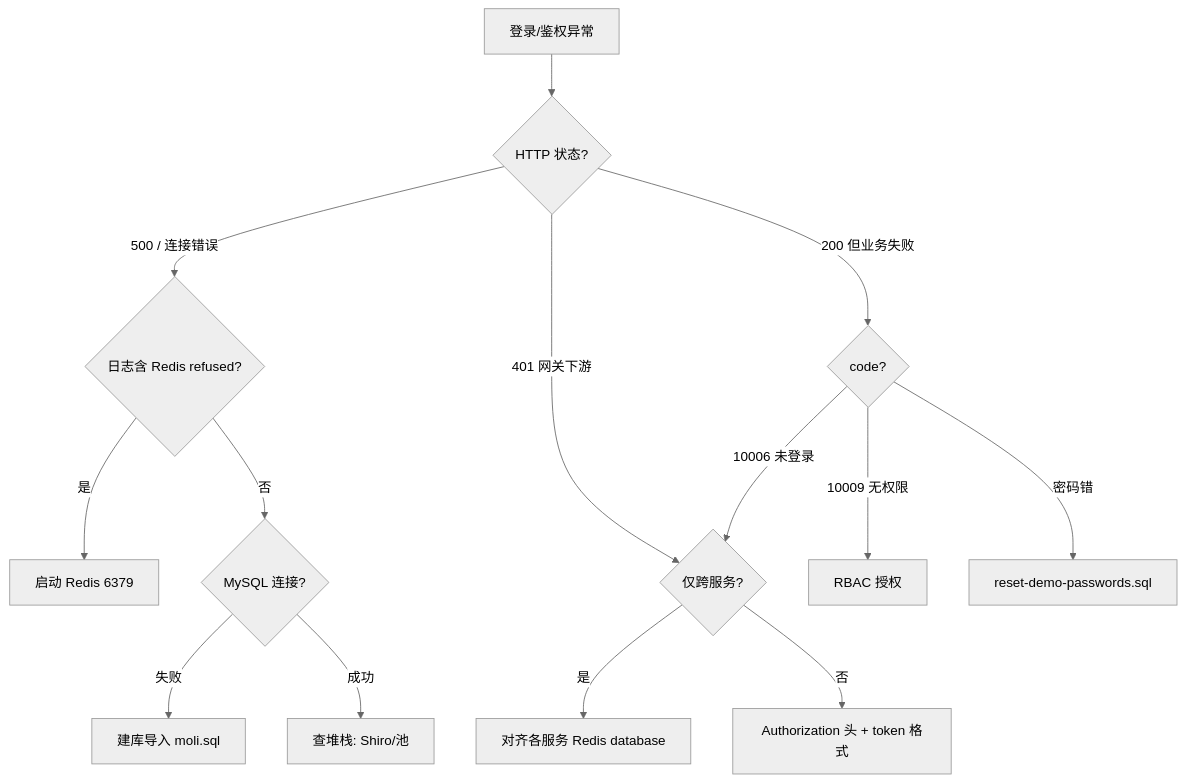
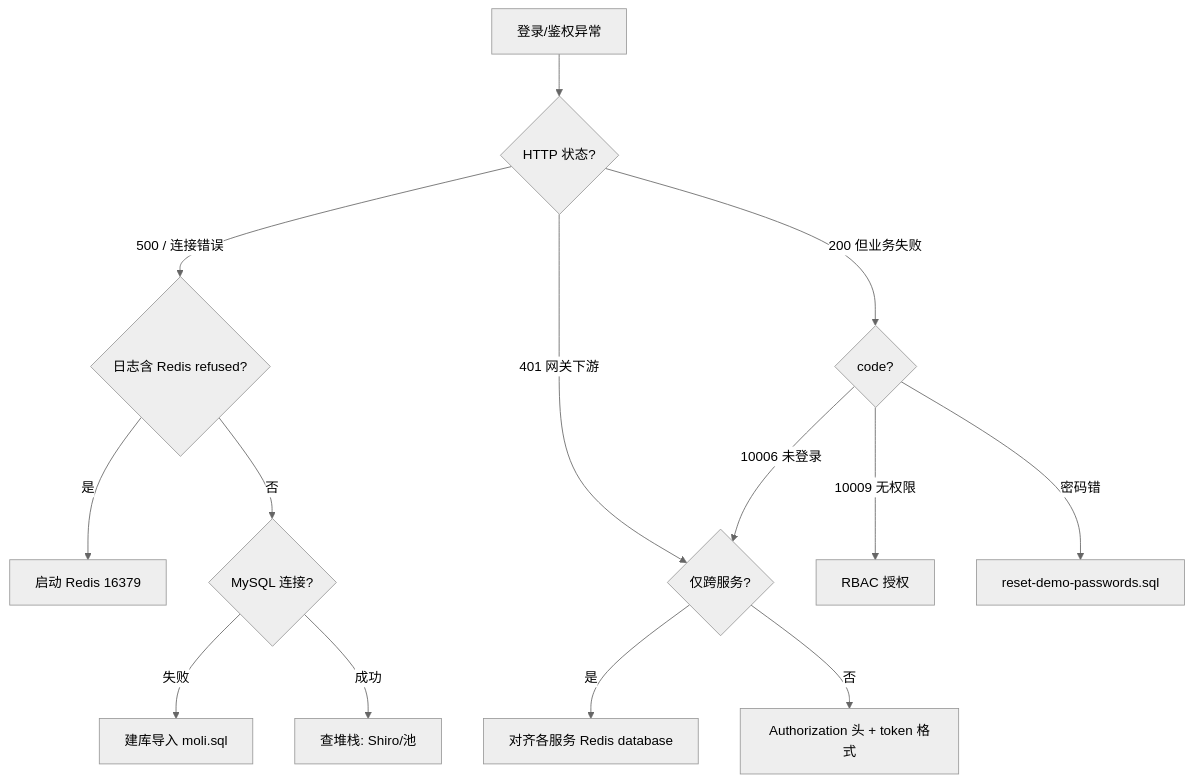
Before and after one commit to wujinsen/moli-project-distribute: the diagram in moli-knowledge/kb/wiki-moli/develop/outputs/茉莉登录与鉴权故障根因汇总.md, drawn with Mermaid (neutral theme). The commit also changed other lines of this file and 86 other files, not shown here.

````diff
--- a/moli-knowledge/kb/wiki-moli/develop/outputs/茉莉登录与鉴权故障根因汇总.md
+++ b/moli-knowledge/kb/wiki-moli/develop/outputs/茉莉登录与鉴权故障根因汇总.md
@@ -40,16 +40,16 @@
 ```mermaid
 flowchart TD
   A[登录/鉴权异常] --> B{HTTP 状态?}
   B -->|500 / 连接错误| C{日志含 Redis refused?}
-  C -->|是| R1[启动 Redis 6379]
+  C -->|是| R1[启动 Redis 16379]
   C -->|否| D{MySQL 连接?}
   D -->|失败| DB[建库导入 moli.sql]
   D -->|成功| E[查堆栈: Shiro/池]
   B -->|200 但业务失败| F{code?}
   F -->|10006 未登录| G{仅跨服务?}
   G -->|是| R2[对齐各服务 Redis database]
   G -->|否| H[Authorization 头 + token 格式]
   F -->|10009 无权限| P[RBAC 授权]
   F -->|密码错| PW[reset-demo-passwords.sql]
   B -->|401 网关下游| G
 ```
````
